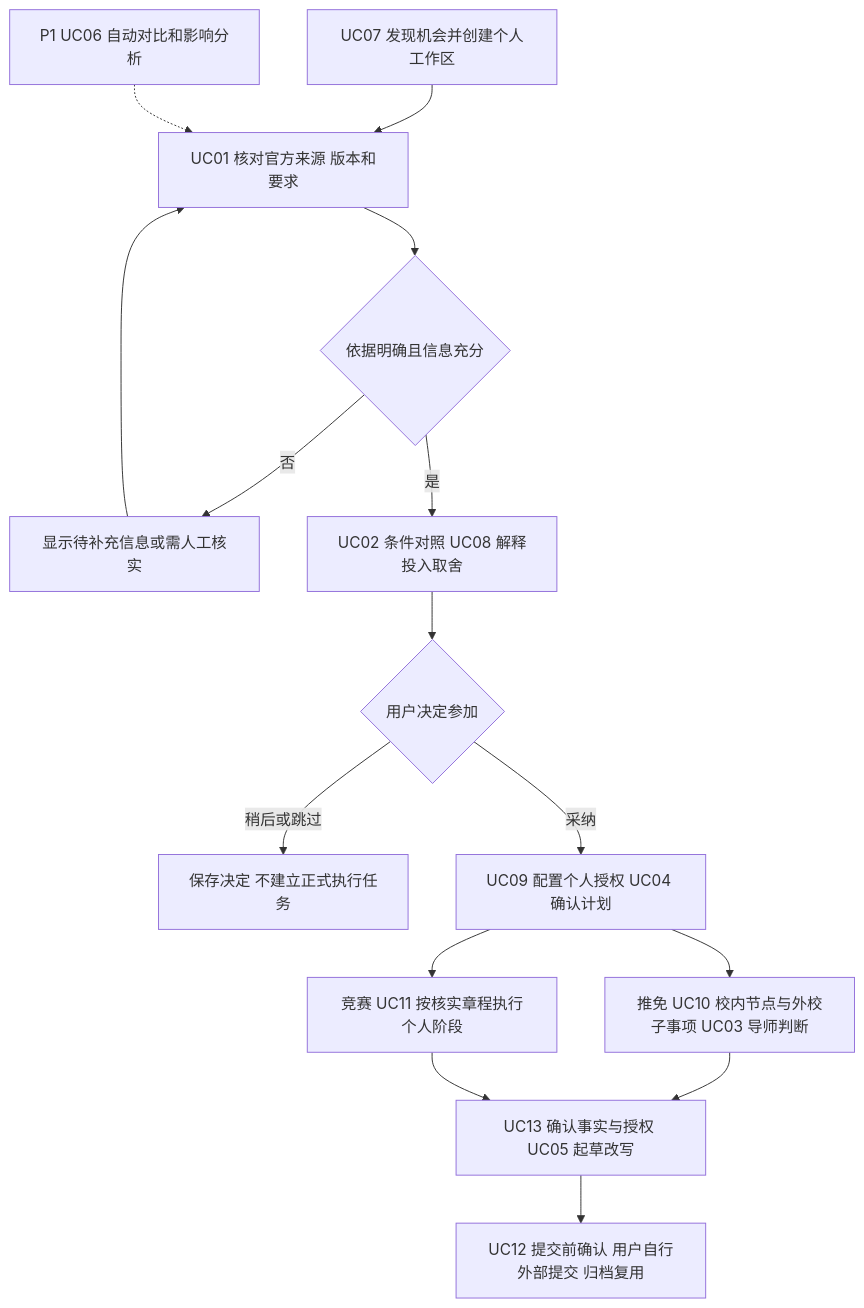
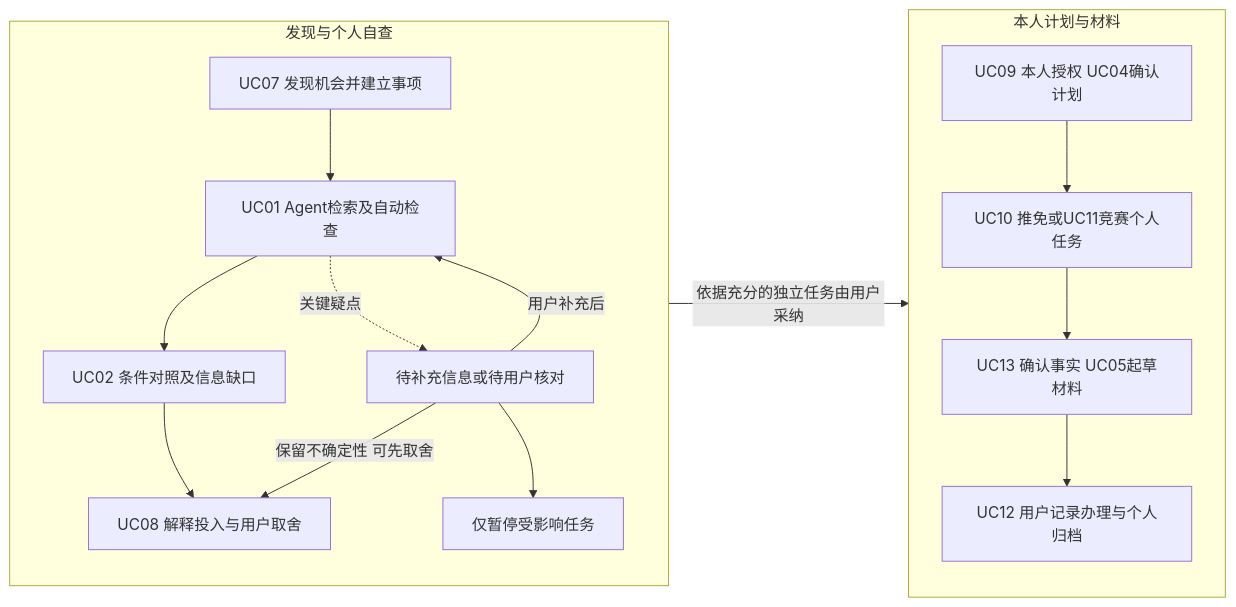
The diagram in docs/design/requirements/he-huiyuan/diagrams/01_需求主流程.mmd (LotteryCamp/OfferPilot), drawn with Mermaid before and after one commit. The commit also changed 23 other files, not shown here.

```diff
--- a/docs/design/requirements/he-huiyuan/diagrams/01_需求主流程.mmd
+++ b/docs/design/requirements/he-huiyuan/diagrams/01_需求主流程.mmd
@@ -1,15 +1,18 @@
-flowchart TD
-    A[UC07 发现机会并创建个人工作区] --> B[UC01 核对官方来源 版本和要求]
-    B --> C{依据明确且信息充分}
-    C -- 否 --> X[显示待补充信息或需人工核实]
-    X --> B
-    C -- 是 --> D[UC02 条件对照 UC08 解释投入取舍]
-    D --> E{用户决定参加}
-    E -- 稍后或跳过 --> Z[保存决定 不建立正式执行任务]
-    E -- 采纳 --> F[UC09 配置个人授权 UC04 确认计划]
-    F --> G[推免 UC10 校内节点与外校子事项 UC03 导师判断]
-    F --> H[竞赛 UC11 按核实章程执行个人阶段]
-    G --> I[UC13 确认事实与授权 UC05 起草改写]
-    H --> I
-    I --> J[UC12 提交前确认 用户自行外部提交 归档复用]
-    U[P1 UC06 自动对比和影响分析] -.-> B
+flowchart LR
+    subgraph PRE[发现与个人自查]
+      direction TB
+      A[UC07 发现机会并建立事项] --> B[UC01 Agent检索及自动检查]
+      B --> C[UC02 条件对照及信息缺口]
+      C --> D[UC08 解释投入与用户取舍]
+      B -.关键疑点.-> X[待补充信息或待用户核对]
+      X -->|用户补充后| B
+      X -->|保留不确定性 可先取舍| D
+      X --> Y[仅暂停受影响任务]
+    end
+    subgraph EXEC[本人计划与材料]
+      direction TB
+      E[UC09 本人授权 UC04确认计划] --> F[UC10 推免或UC11竞赛个人任务]
+      F --> G[UC13 确认事实 UC05起草材料]
+      G --> H[UC12 用户记录办理与个人归档]
+    end
+    PRE -->|依据充分的独立任务由用户采纳| EXEC
```
